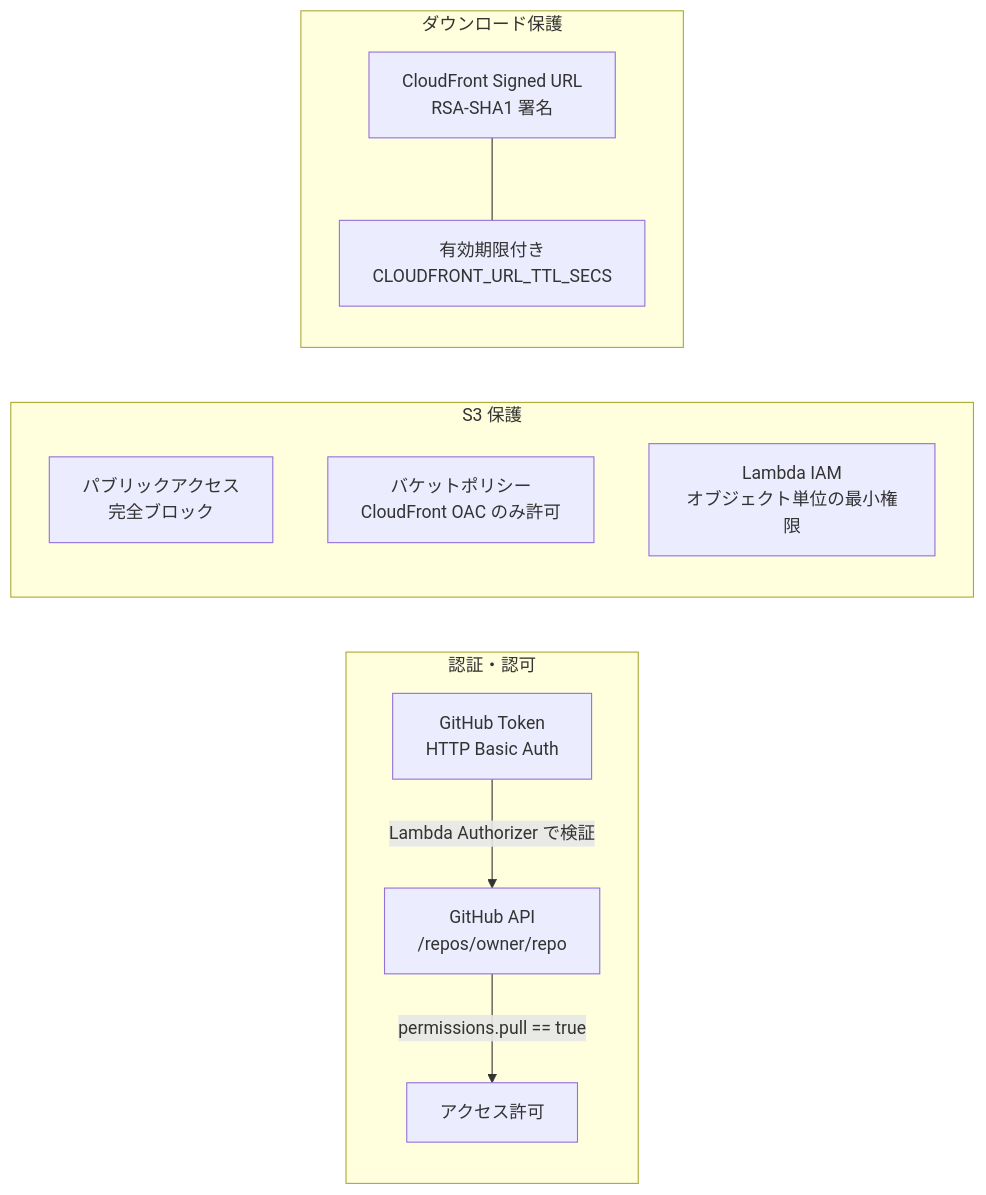
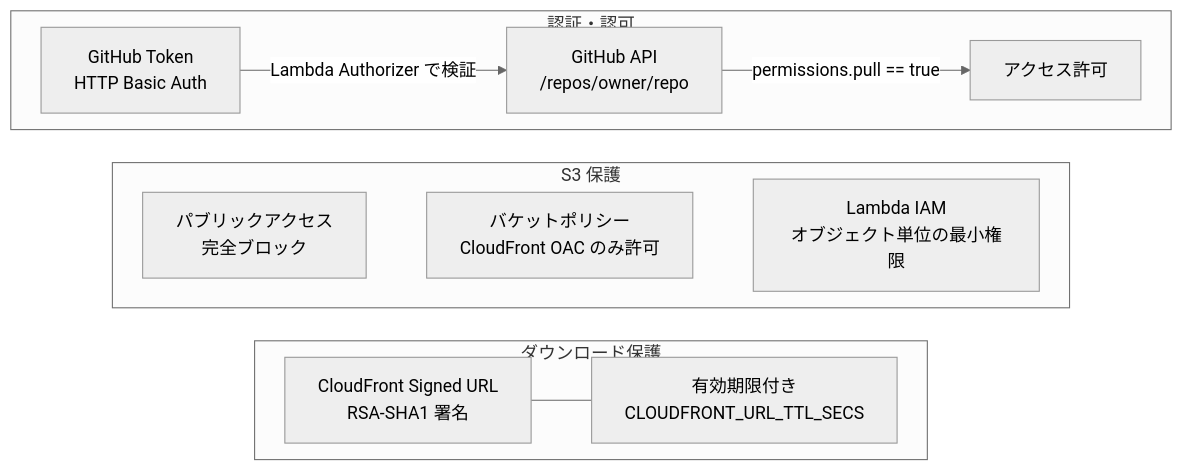
The fourth of 4 diagrams in docs/design/aws-architecture.md (script202602/rust-aws-git-lfs), drawn with Mermaid before and after one commit. The commit also changed other lines of this file, not shown here.

First line of the commit message:
docs: Qiita記事のテクニックを反映してAWS構成図を全面改訂

````diff
--- a/docs/design/aws-architecture.md
+++ b/docs/design/aws-architecture.md
@@ -155,19 +151,24 @@
 ```mermaid
-graph LR
-    subgraph AUTHZ["認証・認可"]
-        A["GitHub Token<br/>HTTP Basic Auth"] -->|"Lambda Authorizer で検証"| B["GitHub API<br/>/repos/owner/repo"]
-        B -->|"permissions.pull == true"| C["アクセス許可"]
-    end
+%%{init: {"theme": "neutral", "flowchart": {"nodeSpacing": 10, "rankSpacing": 30}} }%%
+flowchart TB
 
-    subgraph S3SEC["S3 保護"]
-        D["パブリックアクセス<br/>完全ブロック"]
-        E["バケットポリシー<br/>CloudFront OAC のみ許可"]
-        F["Lambda IAM<br/>オブジェクト単位の最小権限"]
-    end
+subgraph AUTHZ["認証・認可"]
+  A["GitHub Token<br/>HTTP Basic Auth"] -->|"Lambda Authorizer で検証"| B["GitHub API<br/>/repos/owner/repo"]
+  B -->|"permissions.pull == true"| C["アクセス許可"]
+end
 
-    subgraph DLSEC["ダウンロード保護"]
-        G["CloudFront Signed URL<br/>RSA-SHA1 署名"]
-        H["有効期限付き<br/>CLOUDFRONT_URL_TTL_SECS"]
-        G --- H
-    end
+subgraph S3SEC["S3 保護"]
+  D["パブリックアクセス<br/>完全ブロック"]
+  E["バケットポリシー<br/>CloudFront OAC のみ許可"]
+  F["Lambda IAM<br/>オブジェクト単位の最小権限"]
+  D ~~~ E ~~~ F
+end
+
+subgraph DLSEC["ダウンロード保護"]
+  G["CloudFront Signed URL<br/>RSA-SHA1 署名"]
+  H["有効期限付き<br/>CLOUDFRONT_URL_TTL_SECS"]
+  G --- H
+end
+
+AUTHZ ~~~ S3SEC ~~~ DLSEC
 ```
````
